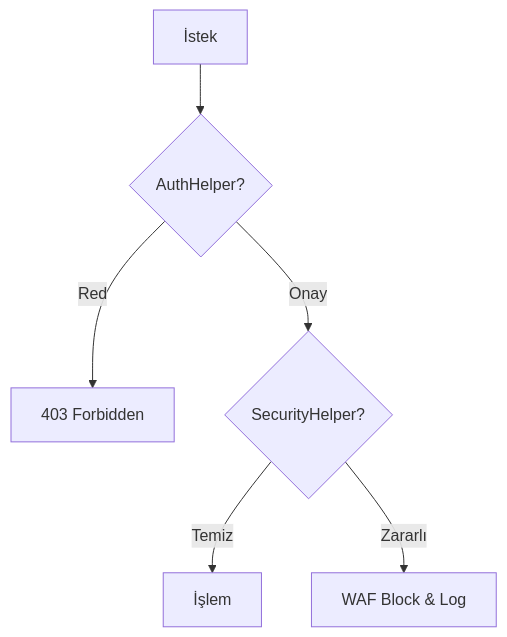
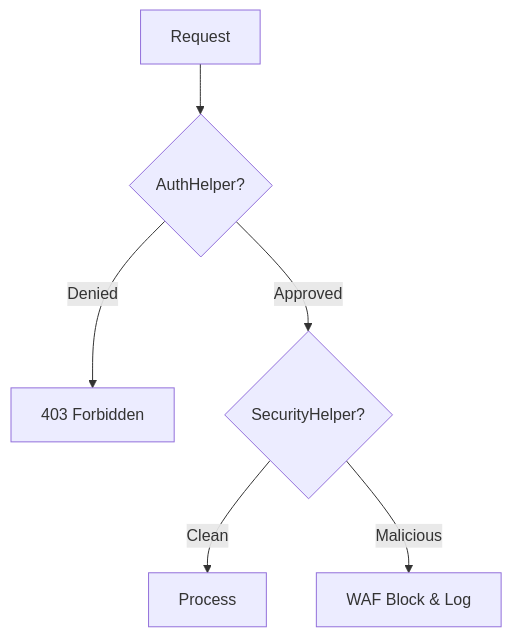
One commit to MaxHandMade/mhm-rentiva-docs changed the diagram in docs/04-developer/operations/security-and-privacy-operations.md. Above: the diagram before and after it, drawn with Mermaid. The commit also changed other lines of this file and 347 other files, not shown here.

````diff
--- a/docs/04-developer/operations/security-and-privacy-operations.md
+++ b/docs/04-developer/operations/security-and-privacy-operations.md
@@ -59,8 +59,8 @@
 ```mermaid
 graph TD
-    A[İstek] --> B{AuthHelper?}
-    B -- Red --> C[403 Forbidden]
-    B -- Onay --> D{SecurityHelper?}
-    D -- Temiz --> E[İşlem]
-    D -- Zararlı --> F[WAF Block & Log]
+    A[Request] --> B{AuthHelper?}
+    B -- Denied --> C[403 Forbidden]
+    B -- Approved --> D{SecurityHelper?}
+    D -- Clean --> E[Process]
+    D -- Malicious --> F[WAF Block & Log]
 ```
````
